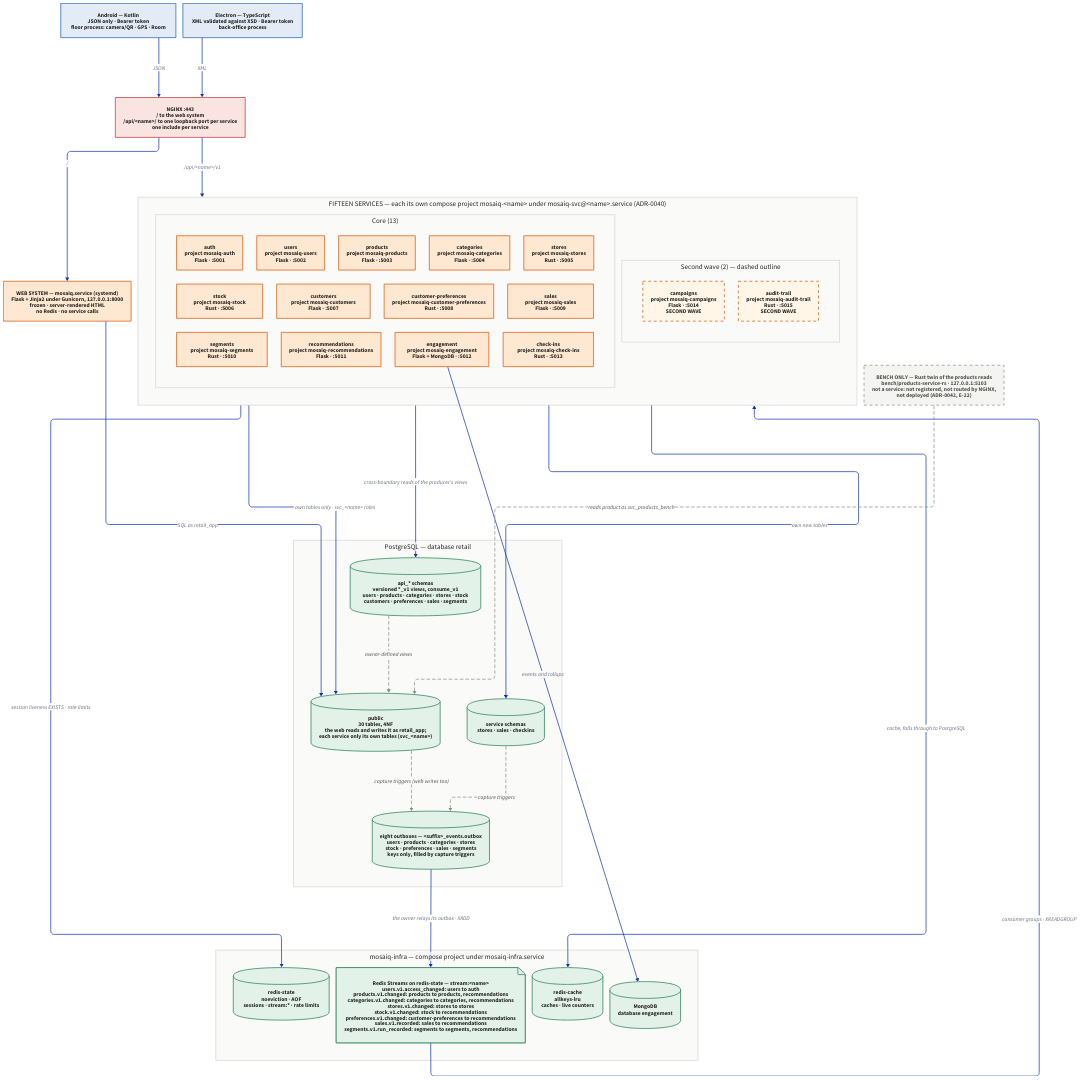
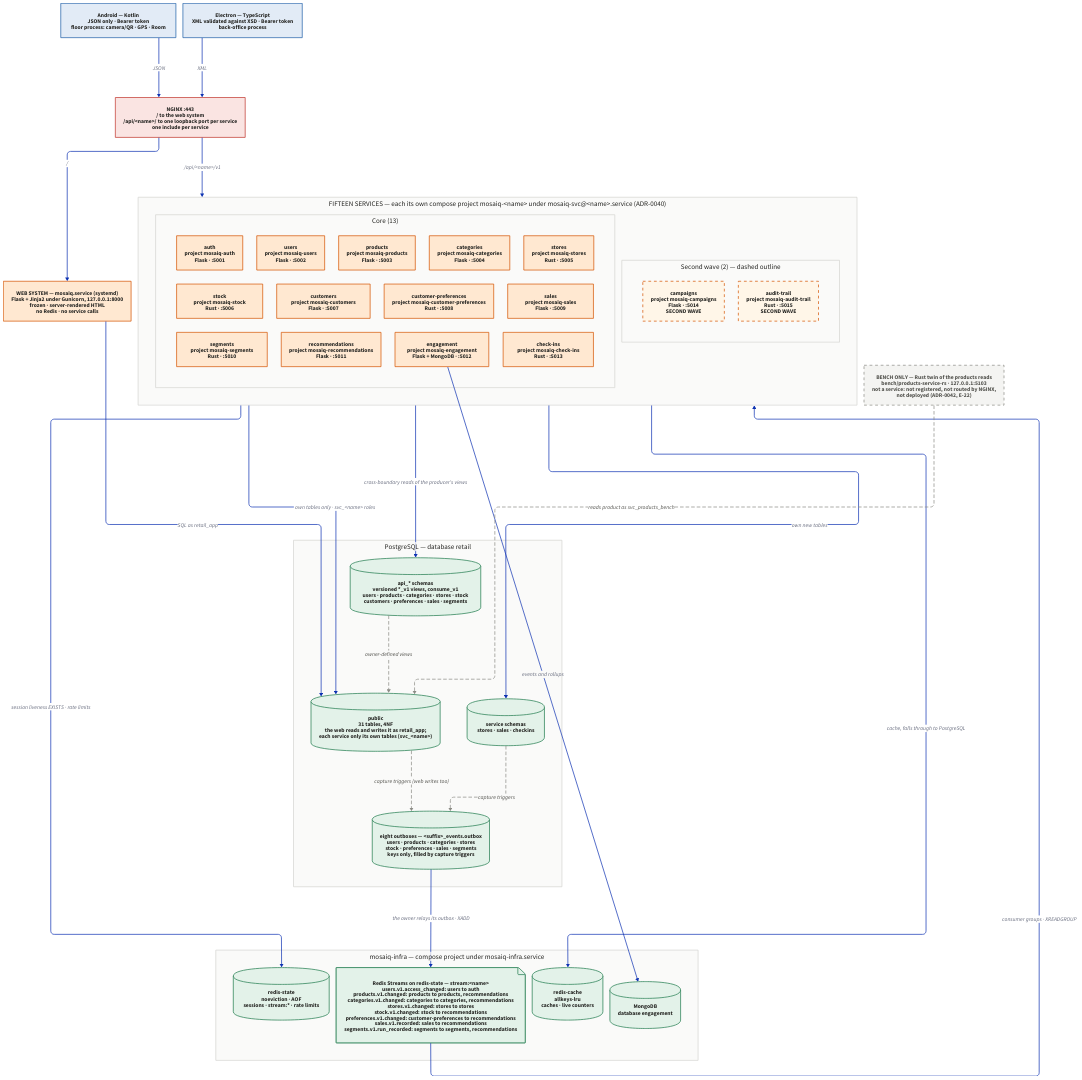
One commit to Equipo-03-Proyecto10/retail-segmentation changed the diagram in docs/architecture/application.d2. Above: the diagram before and after it, drawn with D2. The commit also changed 12 other files, not shown here.

```diff
--- a/docs/architecture/application.d2
+++ b/docs/architecture/application.d2
@@ -1,167 +1,167 @@
 # Application view of the delivered system: the web system, the fifteen
 # services, the datastores they meet at, and the two clients.
 # Sources: docs/scope-delivery-2-distributed.md section 3, contracts/registry.yaml,
 # sql/01_schema.sql, deploy/infra/compose.yaml, docker/distributed/gateway/default.conf,
 # bench/README.md, ADR-0034, ADR-0035, ADR-0037, ADR-0038, ADR-0040, ADR-0041,
 # ADR-0042, ADR-0044, ADR-0045, ADR-0046.
 #
 # No arrow joins two services. They meet only through the producer's api_*
 # objects in PostgreSQL and through Redis Streams (ADR-0044), so every edge here
 # ends at a datastore, at NGINX or at a client.
 direction: down
 
 vars: {
   d2-config: {
     layout-engine: elk
   }
 }
 
 classes: {
   edgeio: {
     style: { fill: "#E2EBF6"; stroke: "#1F5FA8"; font-color: "#232320" }
   }
   gatenode: {
     style: { fill: "#FAE4E2"; stroke: "#C0342B"; font-color: "#232320" }
   }
   appnode: {
     style: { fill: "#FFE8D1"; stroke: "#D45400"; font-color: "#232320" }
   }
   svc: {
     style: { fill: "#FFE8D1"; stroke: "#D45400"; font-color: "#232320" }
   }
   svc2: {
     style: {
       fill: "#FFF6E8"; stroke: "#D45400"; font-color: "#232320"
       stroke-dash: 4; stroke-width: 2
     }
   }
   store: {
     style: { fill: "#E3F2E9"; stroke: "#1F7A4C"; font-color: "#232320" }
   }
   bench: {
     style: {
       fill: "#F4F4F2"; stroke: "#8C8C86"; font-color: "#4F4F4A"
       stroke-dash: 4
     }
   }
   layer: {
     style: { fill: "#FAFAF9"; stroke: "#D5D5D1"; font-color: "#232320"; font-size: 20 }
   }
 }
 
 android: "Android — Kotlin\nJSON only · Bearer token\nfloor process: camera/QR · GPS · Room" {
   class: edgeio
 }
 electron: "Electron — TypeScript\nXML validated against XSD · Bearer token\nback-office process" {
   class: edgeio
 }
 
 nginx: "NGINX :443\n/  to the web system\n/api/<name>/ to one loopback port per service\none include per service" {
   class: gatenode
 }
 
 web: "WEB SYSTEM — mosaiq.service (systemd)\nFlask + Jinja2 under Gunicorn, 127.0.0.1:8000\nfrozen · server-rendered HTML\nno Redis · no service calls" {
   class: appnode
 }
 
 services: "FIFTEEN SERVICES — each its own compose project mosaiq-<name> under mosaiq-svc@<name>.service (ADR-0040)" {
   class: layer
 
   core: "Core (13)" {
     class: layer
     grid-rows: 3
       "auth": "auth\nproject mosaiq-auth\nFlask · :5001" { class: svc }
       "users": "users\nproject mosaiq-users\nFlask · :5002" { class: svc }
       "products": "products\nproject mosaiq-products\nFlask · :5003" { class: svc }
       "categories": "categories\nproject mosaiq-categories\nFlask · :5004" { class: svc }
       "stores": "stores\nproject mosaiq-stores\nRust · :5005" { class: svc }
       "stock": "stock\nproject mosaiq-stock\nRust · :5006" { class: svc }
       "customers": "customers\nproject mosaiq-customers\nFlask · :5007" { class: svc }
       "customer-preferences": "customer-preferences\nproject mosaiq-customer-preferences\nRust · :5008" { class: svc }
       "sales": "sales\nproject mosaiq-sales\nFlask · :5009" { class: svc }
       "segments": "segments\nproject mosaiq-segments\nRust · :5010" { class: svc }
       "recommendations": "recommendations\nproject mosaiq-recommendations\nFlask · :5011" { class: svc }
       "engagement": "engagement\nproject mosaiq-engagement\nFlask + MongoDB · :5012" { class: svc }
       "check-ins": "check-ins\nproject mosaiq-check-ins\nRust · :5013" { class: svc }
   }
   second: "Second wave (2) — dashed outline" {
     class: layer
     grid-columns: 2
       "campaigns": "campaigns\nproject mosaiq-campaigns\nFlask · :5014\nSECOND WAVE" { class: svc2 }
       "audit-trail": "audit-trail\nproject mosaiq-audit-trail\nRust · :5015\nSECOND WAVE" { class: svc2 }
   }
 }
 
 bench: "BENCH ONLY — Rust twin of the products reads\nbench/products-service-rs · 127.0.0.1:5103\nnot a service: not registered, not routed by NGINX,\nnot deployed (ADR-0042, E-22)" {
   class: bench
 }
 
 pg: "PostgreSQL — database retail" {
   class: layer
-  public: "public\n30 tables, 4NF\nthe web reads and writes it as retail_app;\neach service only its own tables (svc_<name>)" {
+  public: "public\n31 tables, 4NF\nthe web reads and writes it as retail_app;\neach service only its own tables (svc_<name>)" {
     class: store
     shape: cylinder
   }
   svcschemas: "service schemas\nstores · sales · checkins" {
     class: store
     shape: cylinder
   }
   api: "api_* schemas\nversioned *_v1 views, consume_v1\nusers · products · categories · stores · stock\ncustomers · preferences · sales · segments" {
     class: store
     shape: cylinder
   }
   outbox: "eight outboxes — <suffix>_events.outbox\nusers · products · categories · stores\nstock · preferences · sales · segments\nkeys only, filled by capture triggers" {
     class: store
     shape: cylinder
   }
 }
 
 infra: "mosaiq-infra — compose project under mosaiq-infra.service" {
   class: layer
   rs: "redis-state\nnoeviction · AOF\nsessions · stream:* · rate limits" {
     class: store
     shape: cylinder
   }
   streams: "Redis Streams on redis-state — stream:<name>\nusers.v1.access_changed: users to auth\nproducts.v1.changed: products to products, recommendations\ncategories.v1.changed: categories to categories, recommendations\nstores.v1.changed: stores to stores\nstock.v1.changed: stock to recommendations\npreferences.v1.changed: customer-preferences to recommendations\nsales.v1.recorded: sales to recommendations\nsegments.v1.run_recorded: segments to segments, recommendations" {
     class: store
     shape: page
   }
   rc: "redis-cache\nallkeys-lru\ncaches · live counters" {
     class: store
     shape: cylinder
   }
   mongo: "MongoDB\ndatabase engagement" {
     class: store
     shape: cylinder
   }
 }
 
 android -> nginx: "JSON"
 electron -> nginx: "XML"
 nginx -> web: "/"
 nginx -> services: "/api/<name>/v1"
 
 web -> pg.public: "SQL as retail_app"
 services -> pg.public: "own tables only · svc_<name> roles"
 services -> pg.svcschemas: "own new tables"
 services -> pg.api: "cross-boundary reads of the producer's views"
 pg.api -> pg.public: "owner-defined views" {
   style: { stroke-dash: 4; stroke: "#8C8C86"; font-color: "#4F4F4A" }
 }
 pg.public -> pg.outbox: "capture triggers (web writes too)" {
   style: { stroke-dash: 4; stroke: "#8C8C86"; font-color: "#4F4F4A" }
 }
 pg.svcschemas -> pg.outbox: "capture triggers" {
   style: { stroke-dash: 4; stroke: "#8C8C86"; font-color: "#4F4F4A" }
 }
 
 pg.outbox -> infra.streams: "the owner relays its outbox · XADD"
 infra.streams -> services: "consumer groups · XREADGROUP"
 
 services -> infra.rs: "session liveness EXISTS · rate limits"
 services -> infra.rc: "cache, falls through to PostgreSQL"
 services.core.engagement -> infra.mongo: "events and rollups"
 
 bench -> pg.public: "reads product as svc_products_bench" {
   style: { stroke-dash: 4; stroke: "#8C8C86"; font-color: "#4F4F4A" }
 }
```
